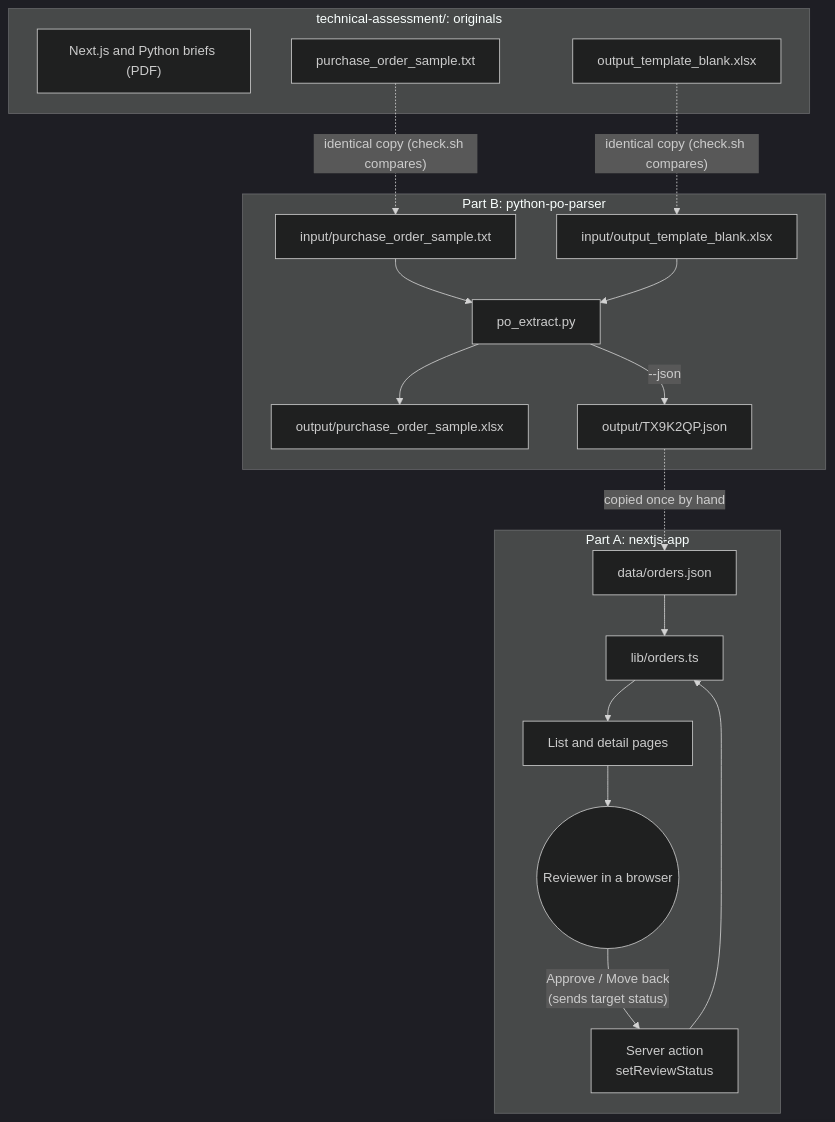
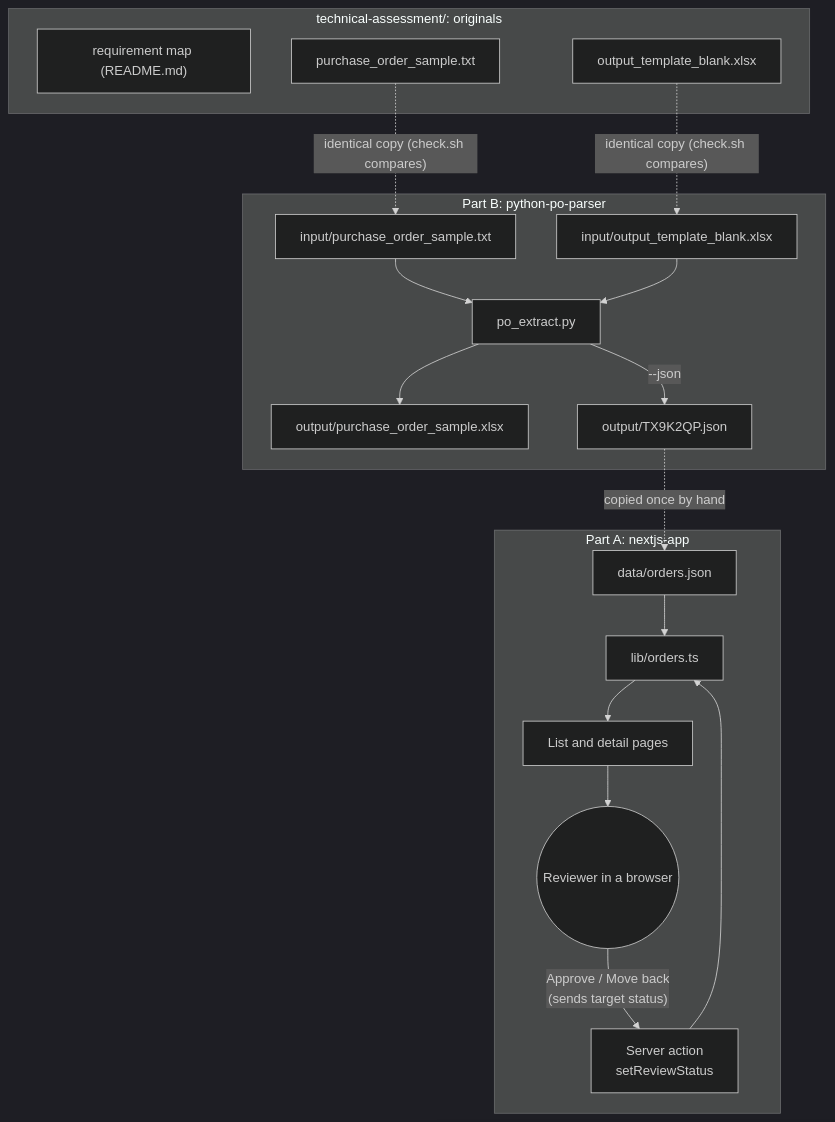
The first of 10 diagrams in docs/DESIGN.md (TRUPALIX9/bhf-take-home), drawn with Mermaid (dark theme) before and after one commit. The commit also changed 3 other files, not shown here.

Commit message:
Keep BHF's brief PDFs out of the repo; summarize the briefs instead

````diff
--- a/docs/DESIGN.md
+++ b/docs/DESIGN.md
@@ -9,27 +9,27 @@
 ```mermaid
 flowchart TB
   subgraph T["technical-assessment/: originals"]
-    PDFS["Next.js and Python briefs (PDF)"]
+    PDFS["requirement map (README.md)"]
     OTXT["purchase_order_sample.txt"]
     OTPL["output_template_blank.xlsx"]
   end
 
   subgraph B["Part B: python-po-parser"]
     TXT["input/purchase_order_sample.txt"] --> PY["po_extract.py"]
     TPL["input/output_template_blank.xlsx"] --> PY
     PY --> XLSX["output/purchase_order_sample.xlsx"]
     PY -- "--json" --> JSON["output/TX9K2QP.json"]
   end
 
   subgraph A["Part A: nextjs-app"]
     SEED["data/orders.json"] --> LIB["lib/orders.ts"]
     LIB --> PAGES["List and detail pages"]
     PAGES --> USER(("Reviewer in a browser"))
     USER -- "Approve / Move back<br/>(sends target status)" --> ACTION["Server action<br/>setReviewStatus"]
     ACTION --> LIB
   end
 
   OTXT -. "identical copy (check.sh compares)" .-> TXT
   OTPL -. "identical copy (check.sh compares)" .-> TPL
   JSON -. "copied once by hand" .-> SEED
 ```
````
